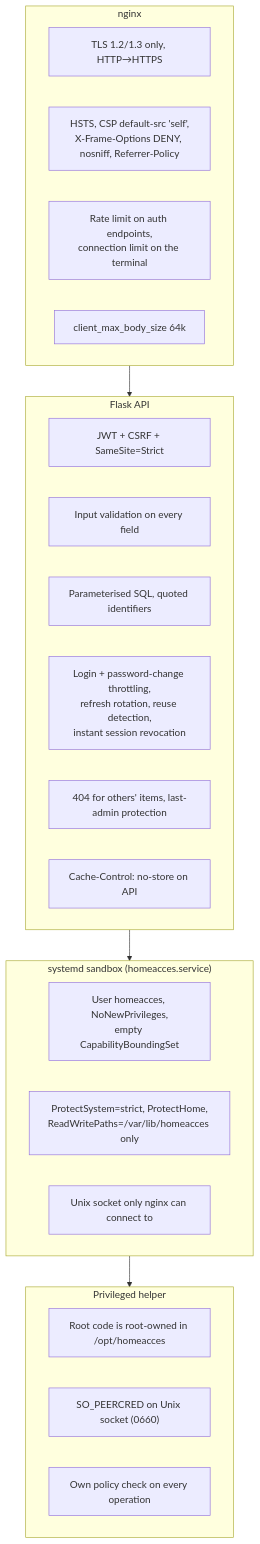
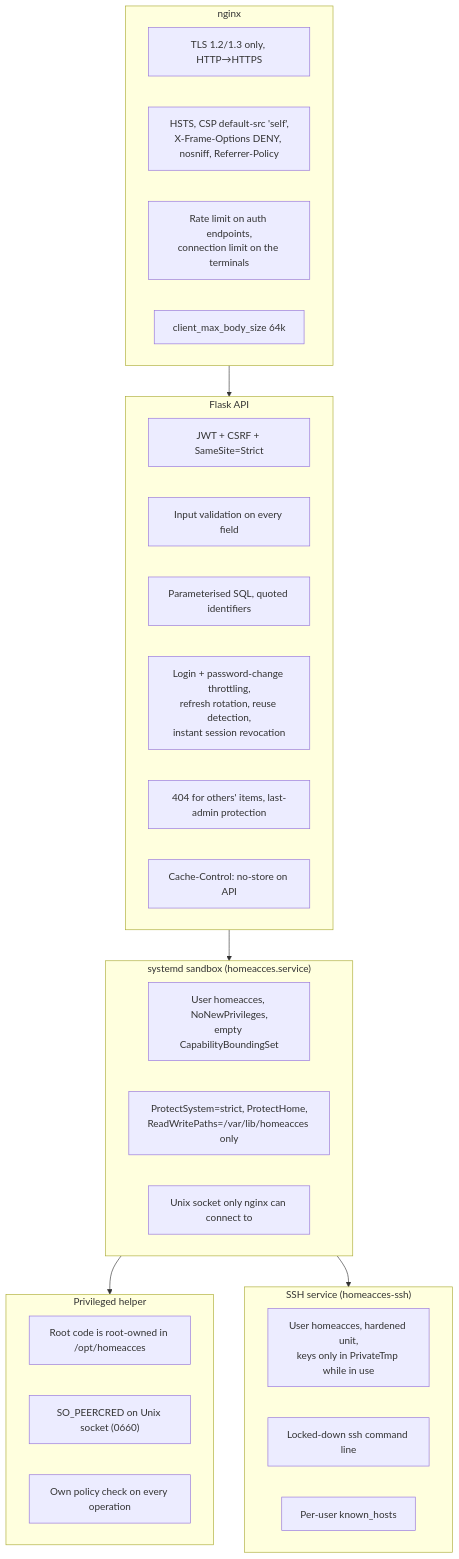
One commit to juanecito/Home_Access_Web changed the tenth of 10 diagrams in doc/04-authentication.md. Above: the diagram before and after it, drawn with Mermaid. The commit also changed other lines of this file and 40 other files, not shown here.

Commit message:
Add new SSH terminal for all users

````diff
--- a/doc/04-authentication.md
+++ b/doc/04-authentication.md
@@ -301,28 +368,34 @@
 ```mermaid
 flowchart TB
     subgraph L1["nginx"]
         a1["TLS 1.2/1.3 only, HTTP→HTTPS"]
         a2["HSTS, CSP default-src 'self',<br/>X-Frame-Options DENY, nosniff, Referrer-Policy"]
-        a3["Rate limit on auth endpoints,<br/>connection limit on the terminal"]
+        a3["Rate limit on auth endpoints,<br/>connection limit on the terminals"]
         a4["client_max_body_size 64k"]
     end
     subgraph L2["Flask API"]
         b1["JWT + CSRF + SameSite=Strict"]
         b2["Input validation on every field"]
         b3["Parameterised SQL, quoted identifiers"]
         b4["Login + password-change throttling,<br/>refresh rotation, reuse detection,<br/>instant session revocation"]
         b5["404 for others' items, last-admin protection"]
         b6["Cache-Control: no-store on API"]
     end
     subgraph L3["systemd sandbox (homeacces.service)"]
         c1["User homeacces, NoNewPrivileges,<br/>empty CapabilityBoundingSet"]
         c2["ProtectSystem=strict, ProtectHome,<br/>ReadWritePaths=/var/lib/homeacces only"]
         c3["Unix socket only nginx can connect to"]
     end
     subgraph L4["Privileged helper"]
         d1["Root code is root-owned in /opt/homeacces"]
         d2["SO_PEERCRED on Unix socket (0660)"]
         d3["Own policy check on every operation"]
     end
+    subgraph L5["SSH service (homeacces-ssh)"]
+        e1["User homeacces, hardened unit,<br/>keys only in PrivateTmp while in use"]
+        e2["Locked-down ssh command line"]
+        e3["Per-user known_hosts"]
+    end
     L1 --> L2 --> L3 --> L4
+    L3 --> L5
 ```
````
